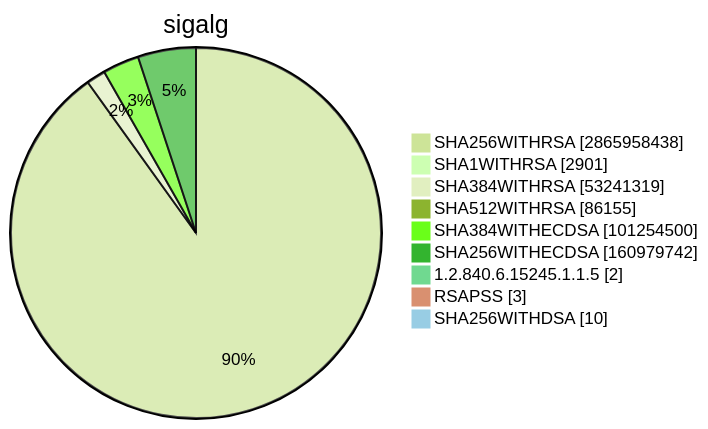
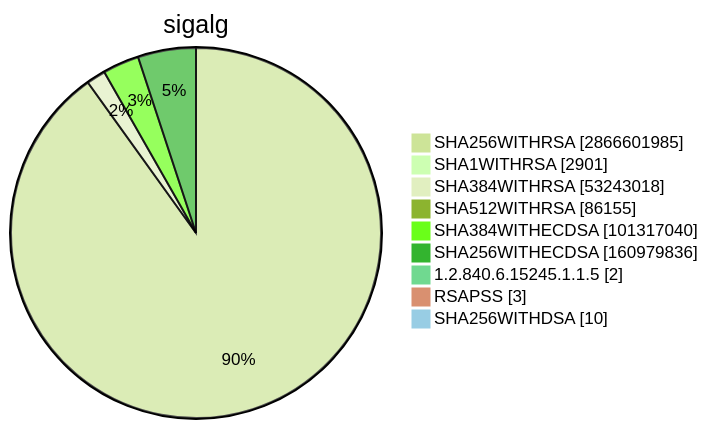
One commit to christiankrug/ctmonitor_visualization changed diagram 15 of 15 in TOTAL/README.md. Above: the diagram before and after it, drawn with Mermaid (forest theme). The commit also changed other lines of this file, not shown here.

````diff
--- a/TOTAL/README.md
+++ b/TOTAL/README.md
@@ -6207,13 +6207,13 @@
 ```mermaid
 pie showData
 title sigalg
-"SHA256WITHRSA" :2865958438
+"SHA256WITHRSA" :2866601985
 "SHA1WITHRSA" :2901
-"SHA384WITHRSA" :53241319
+"SHA384WITHRSA" :53243018
 "SHA512WITHRSA" :86155
-"SHA384WITHECDSA" :101254500
-"SHA256WITHECDSA" :160979742
+"SHA384WITHECDSA" :101317040
+"SHA256WITHECDSA" :160979836
 "1.2.840.6.15245.1.1.5" :2
 "RSAPSS" :3
 "SHA256WITHDSA" :10
 ```
````
